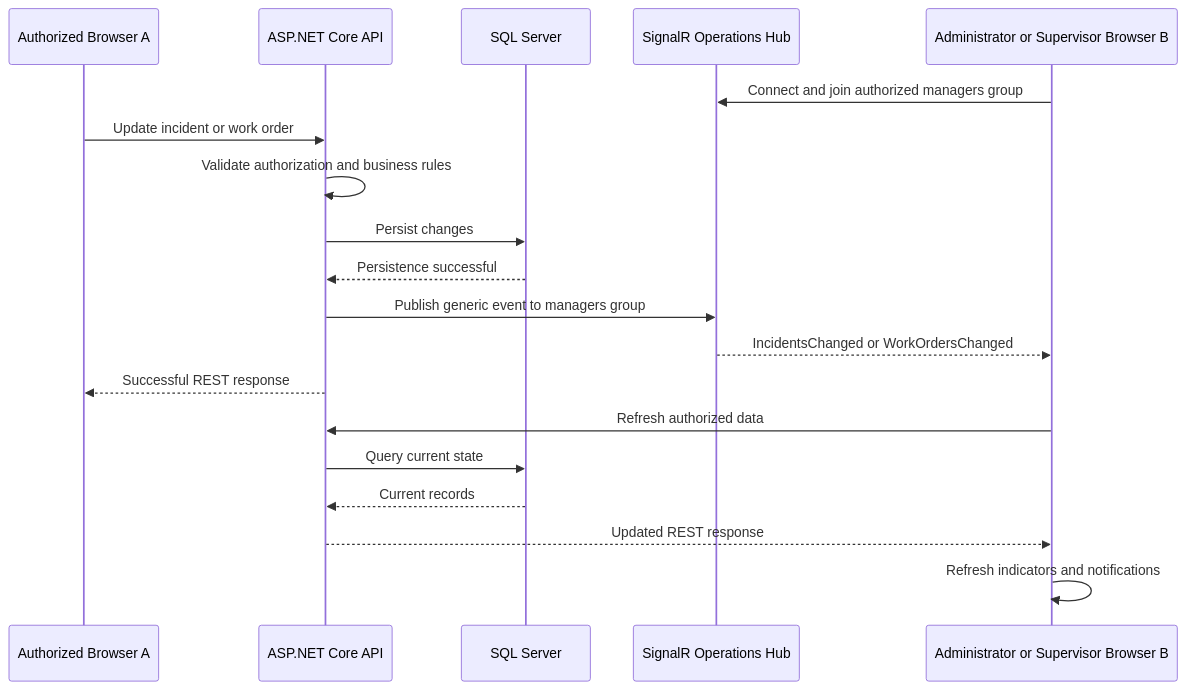
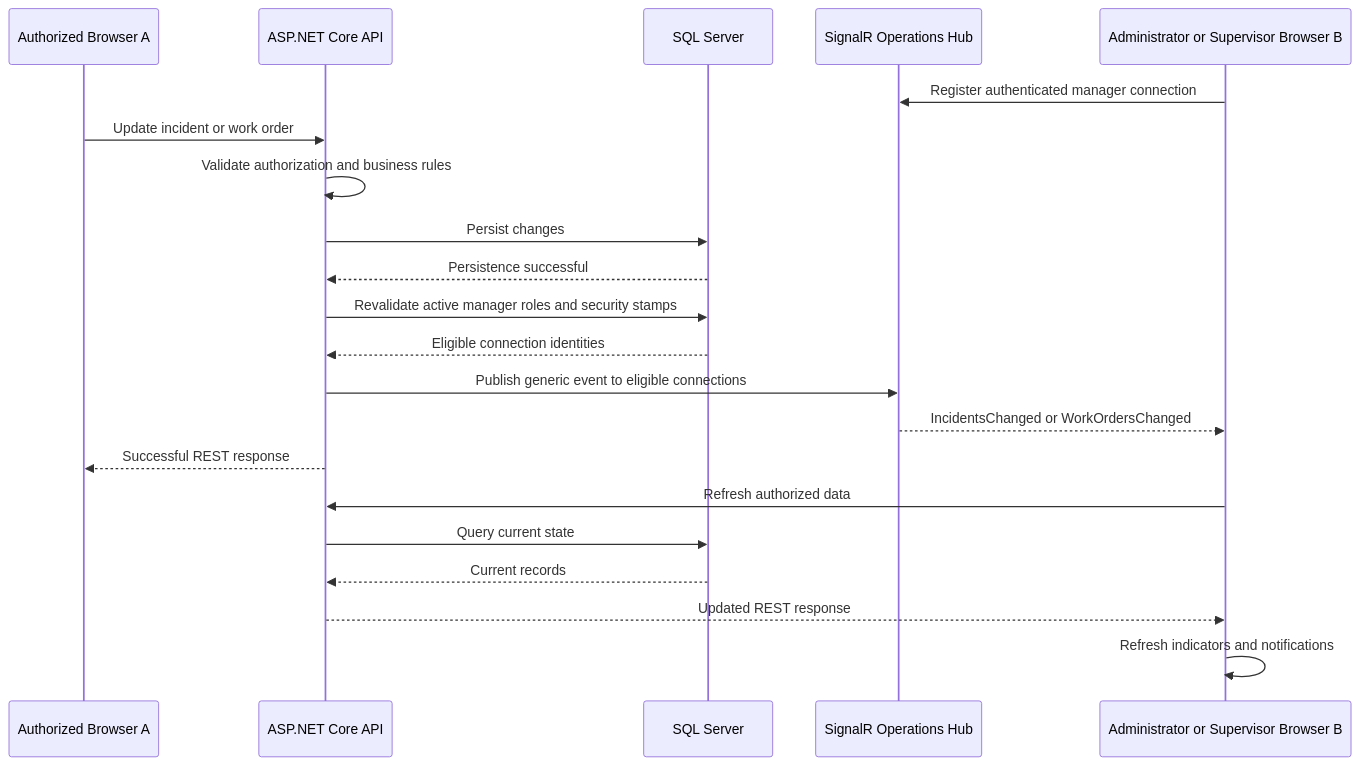
The fourth of 5 diagrams in docs/architecture.md (narcisohidalgo/fieldops360-dotnet-angular), drawn with Mermaid before and after one commit. The commit also changed other lines of this file and 74 other files, not shown here.

````diff
--- a/docs/architecture.md
+++ b/docs/architecture.md
@@ -174,26 +177,28 @@
 ```mermaid
 sequenceDiagram
     participant A as Authorized Browser A
     participant API as ASP.NET Core API
     participant DB as SQL Server
     participant HUB as SignalR Operations Hub
     participant B as Administrator or Supervisor Browser B
 
-    B->>HUB: Connect and join authorized managers group
+    B->>HUB: Register authenticated manager connection
 
     A->>API: Update incident or work order
     API->>API: Validate authorization and business rules
     API->>DB: Persist changes
     DB-->>API: Persistence successful
 
-    API->>HUB: Publish generic event to managers group
+    API->>DB: Revalidate active manager roles and security stamps
+    DB-->>API: Eligible connection identities
+    API->>HUB: Publish generic event to eligible connections
     HUB-->>B: IncidentsChanged or WorkOrdersChanged
     API-->>A: Successful REST response
 
     B->>API: Refresh authorized data
     API->>DB: Query current state
     DB-->>API: Current records
     API-->>B: Updated REST response
 
     B->>B: Refresh indicators and notifications
 ```
````
